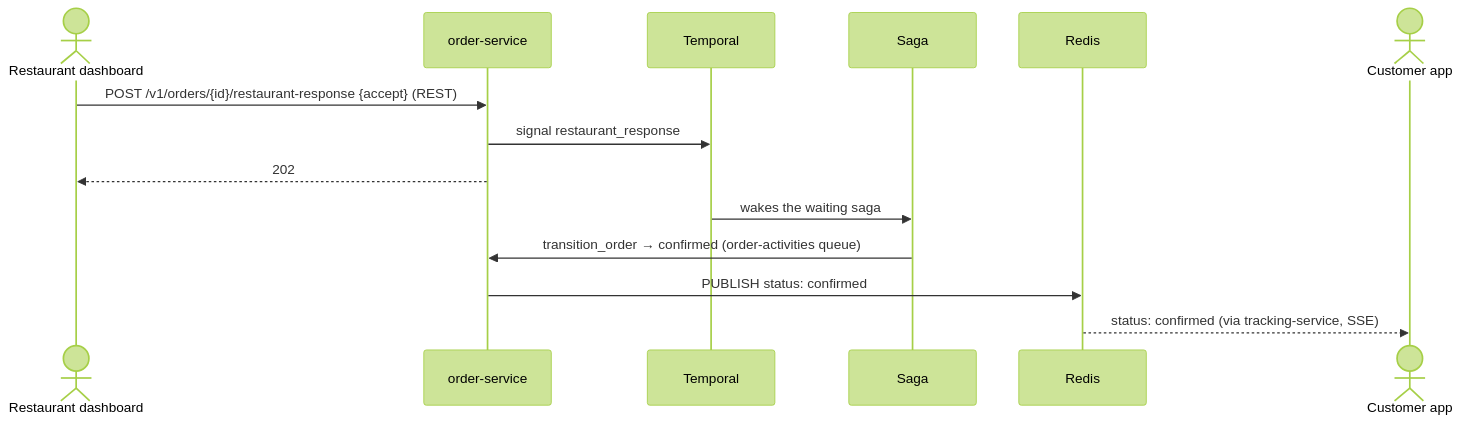
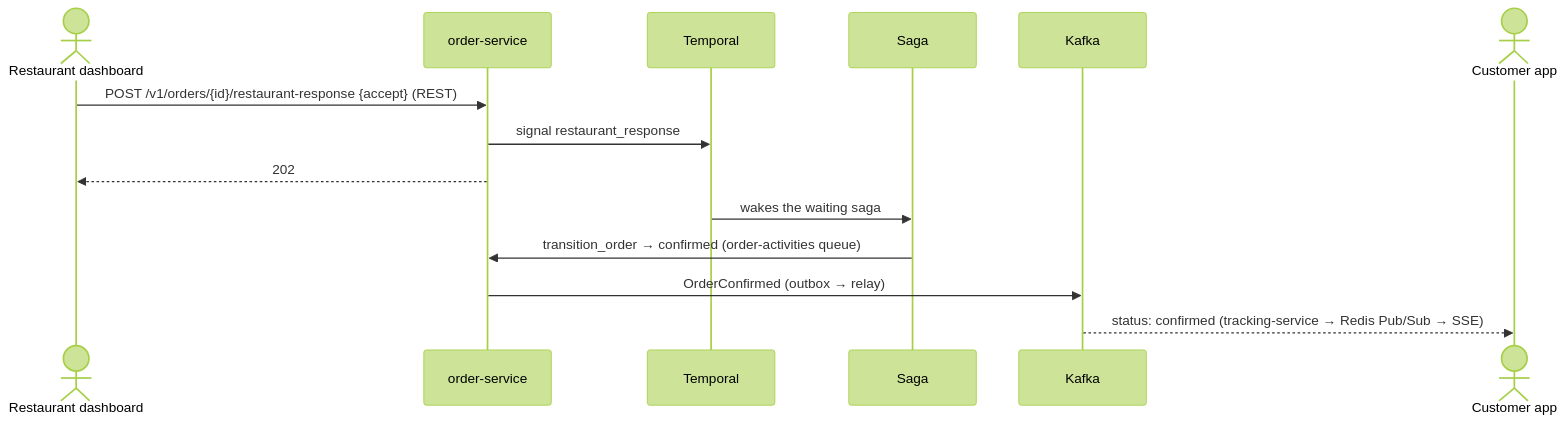
Before and after one commit to umer-emumba/smartfoodops-ms: the seventh of 27 diagrams in docs/diagrams.md, drawn with Mermaid (forest theme). The commit also changed other lines of this file and 18 other files, not shown here.

````diff
--- a/docs/diagrams.md
+++ b/docs/diagrams.md
@@ -192,17 +205,17 @@
 ```mermaid
 sequenceDiagram
     actor R as Restaurant dashboard
     participant OS as order-service
     participant T as Temporal
     participant S as Saga
-    participant RD as Redis
+    participant K as Kafka
     actor C as Customer app
 
     R->>OS: POST /v1/orders/{id}/restaurant-response {accept} (REST)
     OS->>T: signal restaurant_response
     OS-->>R: 202
     T->>S: wakes the waiting saga
     S->>OS: transition_order → confirmed (order-activities queue)
-    OS->>RD: PUBLISH status: confirmed
-    RD-->>C: status: confirmed (via tracking-service, SSE)
+    OS->>K: OrderConfirmed (outbox → relay)
+    K-->>C: status: confirmed (tracking-service → Redis Pub/Sub → SSE)
 ```
````
